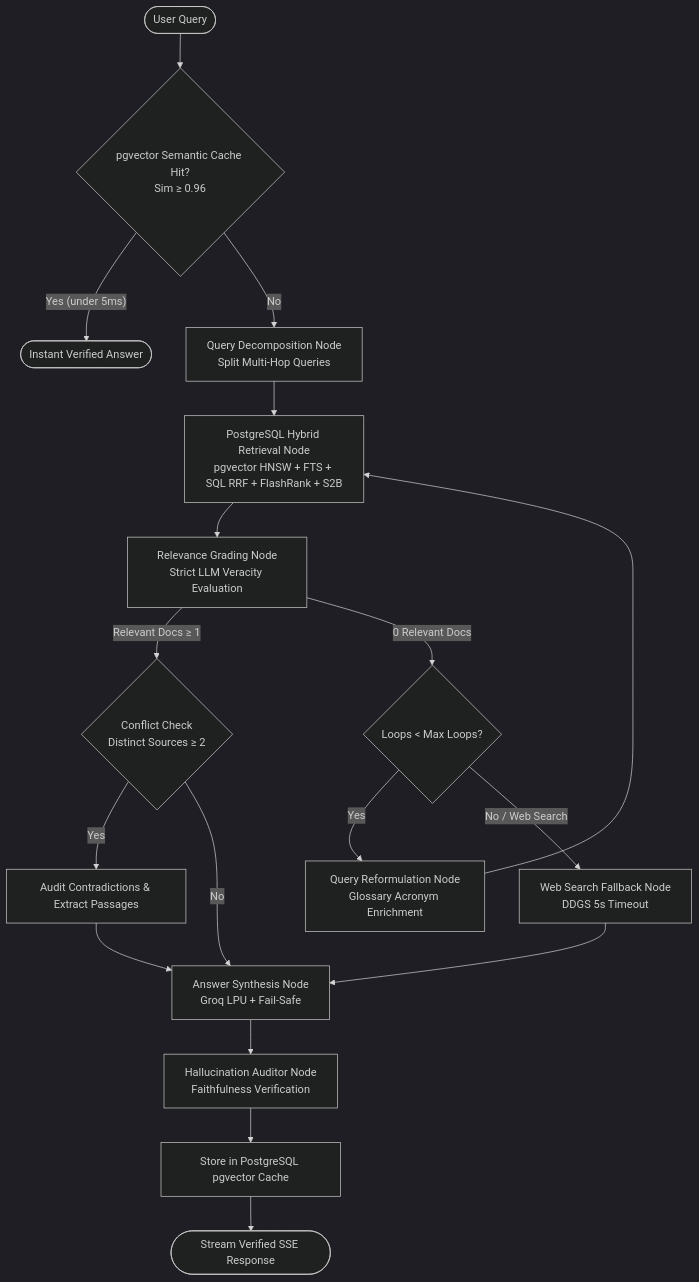
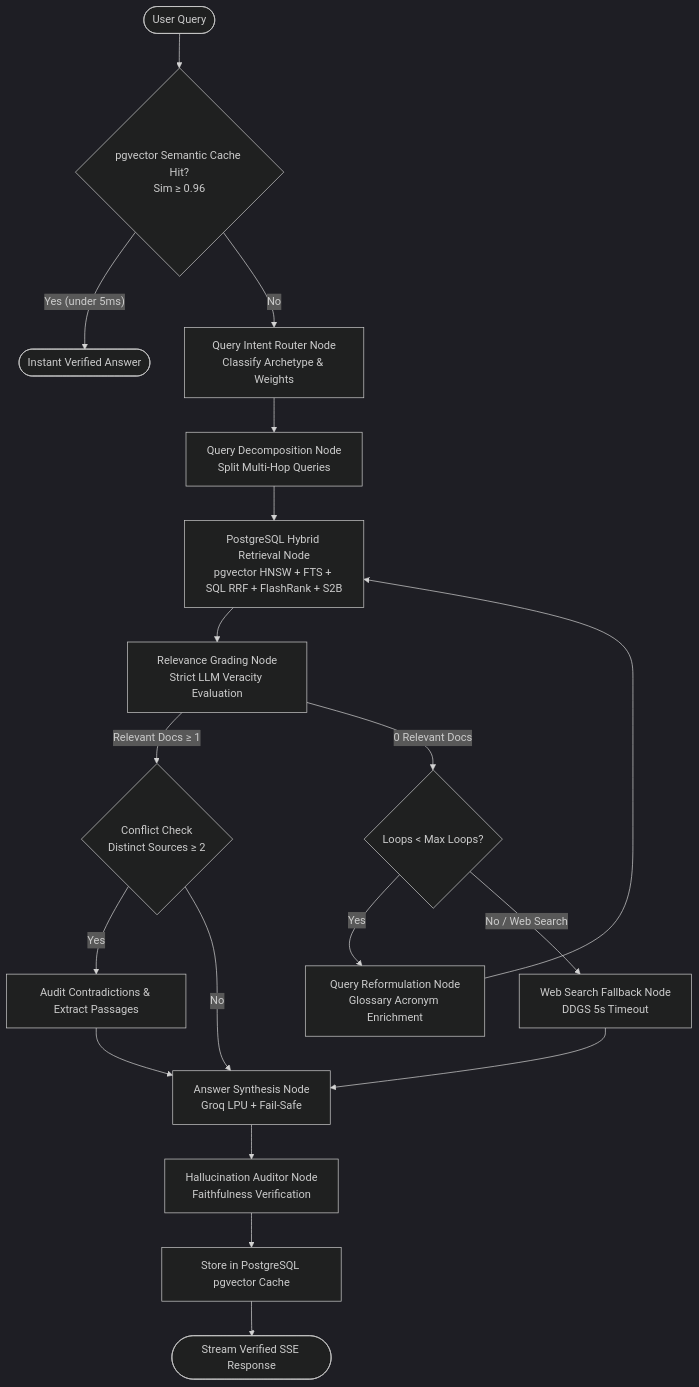
One commit to KARTHIKKJ369/Ridge changed the second of 2 diagrams in README.md. Above: the diagram before and after it, drawn with Mermaid (dark theme). The commit also changed other lines of this file and 21 other files, not shown here.

````diff
--- a/README.md
+++ b/README.md
@@ -118,24 +138,25 @@
 ```mermaid
 flowchart TD
     Start(["User Query"]) --> CacheCheck{"pgvector Semantic Cache Hit?<br/>Sim ≥ 0.96"}
     CacheCheck -->|"Yes (under 5ms)"| FastReturn(["Instant Verified Answer"])
-    CacheCheck -->|No| Decompose["Query Decomposition Node<br/>Split Multi-Hop Queries"]
+    CacheCheck -->|No| RouteIntent["Query Intent Router Node<br/>Classify Archetype & Weights"]
     
+    RouteIntent --> Decompose["Query Decomposition Node<br/>Split Multi-Hop Queries"]
     Decompose --> Retrieve["PostgreSQL Hybrid Retrieval Node<br/>pgvector HNSW + FTS + SQL RRF + FlashRank + S2B"]
     Retrieve --> Grade["Relevance Grading Node<br/>Strict LLM Veracity Evaluation"]
     
     Grade -->|"Relevant Docs ≥ 1"| ConflictAudit{"Conflict Check<br/>Distinct Sources ≥ 2"}
     ConflictAudit -->|Yes| FlagConflict["Audit Contradictions & Extract Passages"]
     ConflictAudit -->|No| Generate["Answer Synthesis Node<br/>Groq LPU + Fail-Safe"]
     FlagConflict --> Generate
     
     Grade -->|"0 Relevant Docs"| RouteCheck{"Loops < Max Loops?"}
     RouteCheck -->|Yes| Rewrite["Query Reformulation Node<br/>Glossary Acronym Enrichment"]
     Rewrite --> Retrieve
     RouteCheck -->|"No / Web Search"| WebSearch["Web Search Fallback Node<br/>DDGS 5s Timeout"]
     WebSearch --> Generate
     
     Generate --> HallucinationAudit["Hallucination Auditor Node<br/>Faithfulness Verification"]
     HallucinationAudit --> CacheStore["Store in PostgreSQL pgvector Cache"]
     CacheStore --> End(["Stream Verified SSE Response"])
 ```
````
